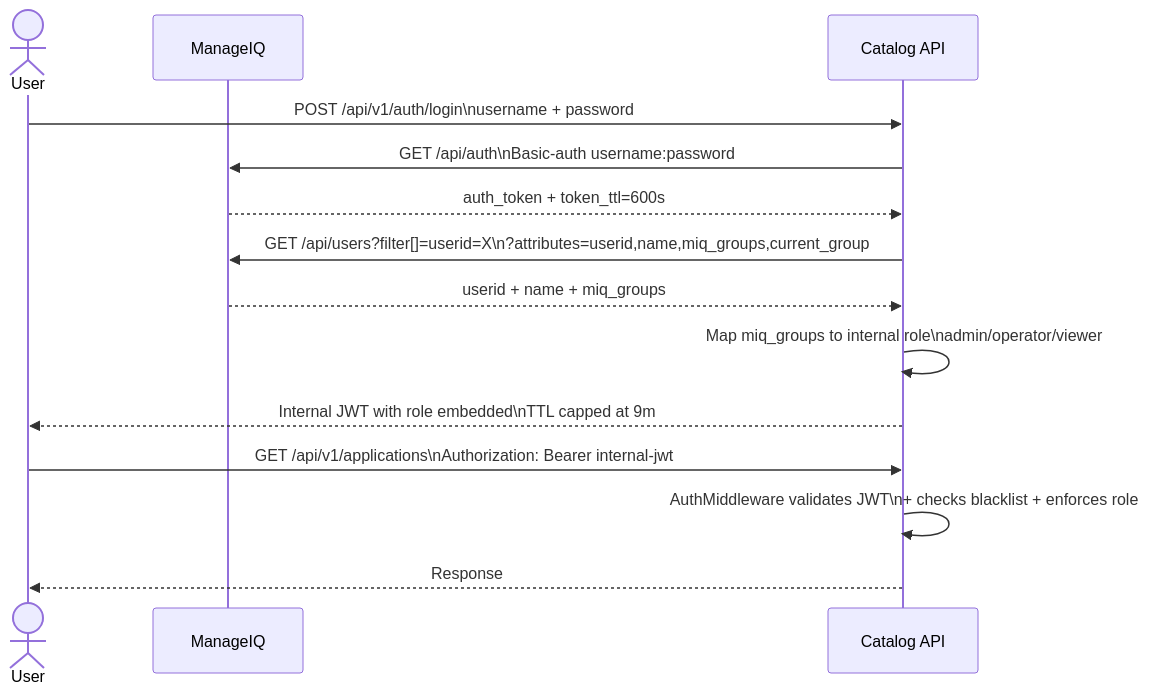
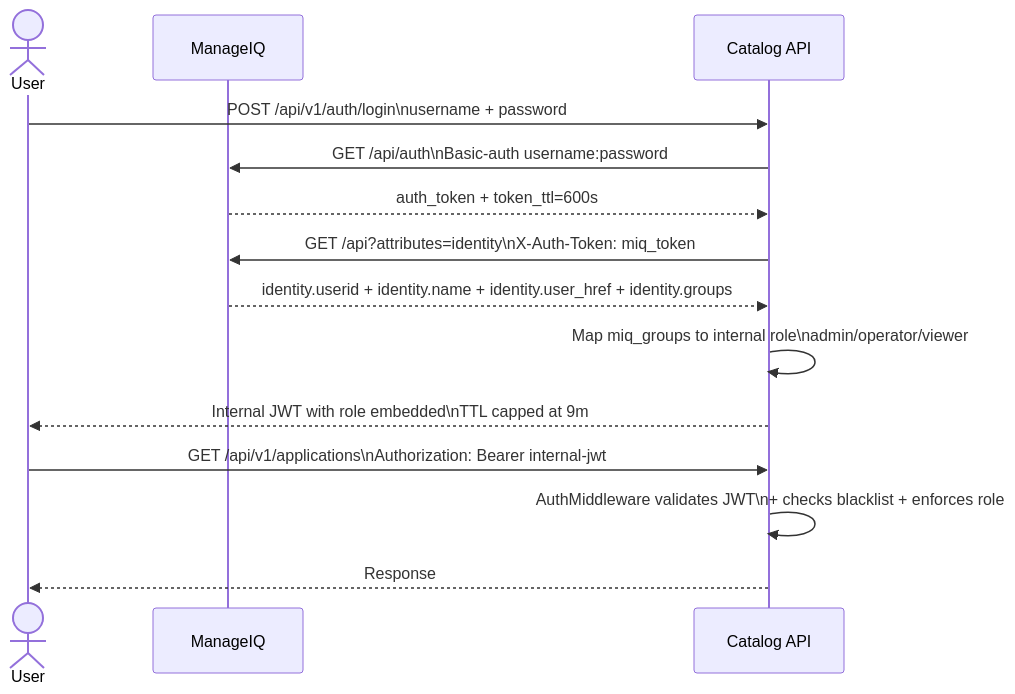
Before and after one commit to IBM/project-ai-services: the third of 6 diagrams in docs/proposals/manageiq-authn-authz-plan.md, drawn with Mermaid. The commit also changed other lines of this file and 5 other files, not shown here.

````diff
--- a/docs/proposals/manageiq-authn-authz-plan.md
+++ b/docs/proposals/manageiq-authn-authz-plan.md
@@ -73,20 +77,20 @@
 ```mermaid
 sequenceDiagram
     actor User
     participant MIQ as ManageIQ
     participant CatalogAPI as Catalog API
 
     User->>CatalogAPI: POST /api/v1/auth/login\nusername + password
     CatalogAPI->>MIQ: GET /api/auth\nBasic-auth username:password
     MIQ-->>CatalogAPI: auth_token + token_ttl=600s
 
-    CatalogAPI->>MIQ: GET /api/users?filter[]=userid=X\n?attributes=userid,name,miq_groups,current_group
-    MIQ-->>CatalogAPI: userid + name + miq_groups
+    CatalogAPI->>MIQ: GET /api?attributes=identity\nX-Auth-Token: miq_token
+    MIQ-->>CatalogAPI: identity.userid + identity.name + identity.user_href + identity.groups
 
     CatalogAPI->>CatalogAPI: Map miq_groups to internal role\nadmin/operator/viewer
     CatalogAPI-->>User: Internal JWT with role embedded\nTTL capped at 9m
 
     User->>CatalogAPI: GET /api/v1/applications\nAuthorization: Bearer internal-jwt
     CatalogAPI->>CatalogAPI: AuthMiddleware validates JWT\n+ checks blacklist + enforces role
     CatalogAPI-->>User: Response
 ```
````
